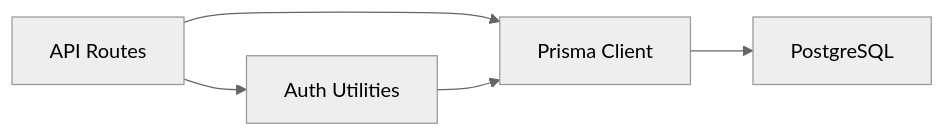
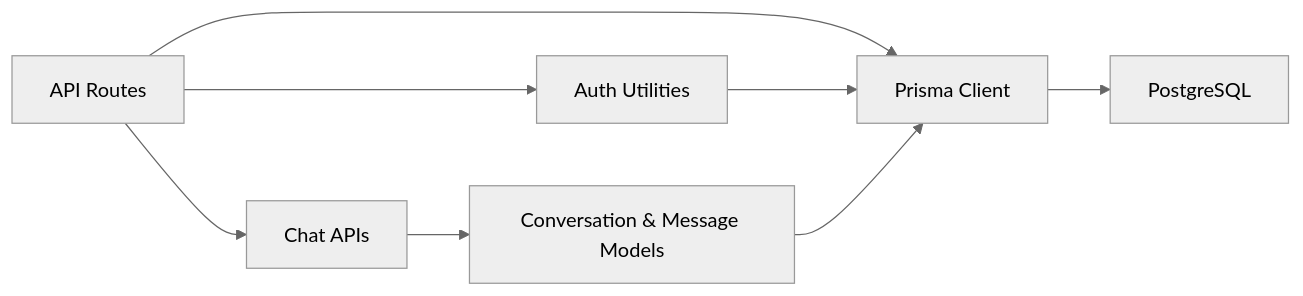
The tenth of 10 diagrams in .qoder/repowiki/en/content/System Architecture/Database Design & Schema.md (Javeria-Javaid/ai-powered-pet-healthcare-ecosystem), drawn with Mermaid (neutral theme) before and after one commit. The commit also changed other lines of this file and 37 other files, not shown here.

````diff
--- a/.qoder/repowiki/en/content/System Architecture/Database Design & Schema.md
+++ b/.qoder/repowiki/en/content/System Architecture/Database Design & Schema.md
@@ -395,7 +487,10 @@
 ```mermaid
 graph LR
 A["API Routes"] --> B["Prisma Client"]
 B --> C["PostgreSQL"]
 A --> D["Auth Utilities"]
 D --> B
+A --> E["Chat APIs"]
+E --> F["Conversation & Message Models"]
+F --> B
 ```
````
